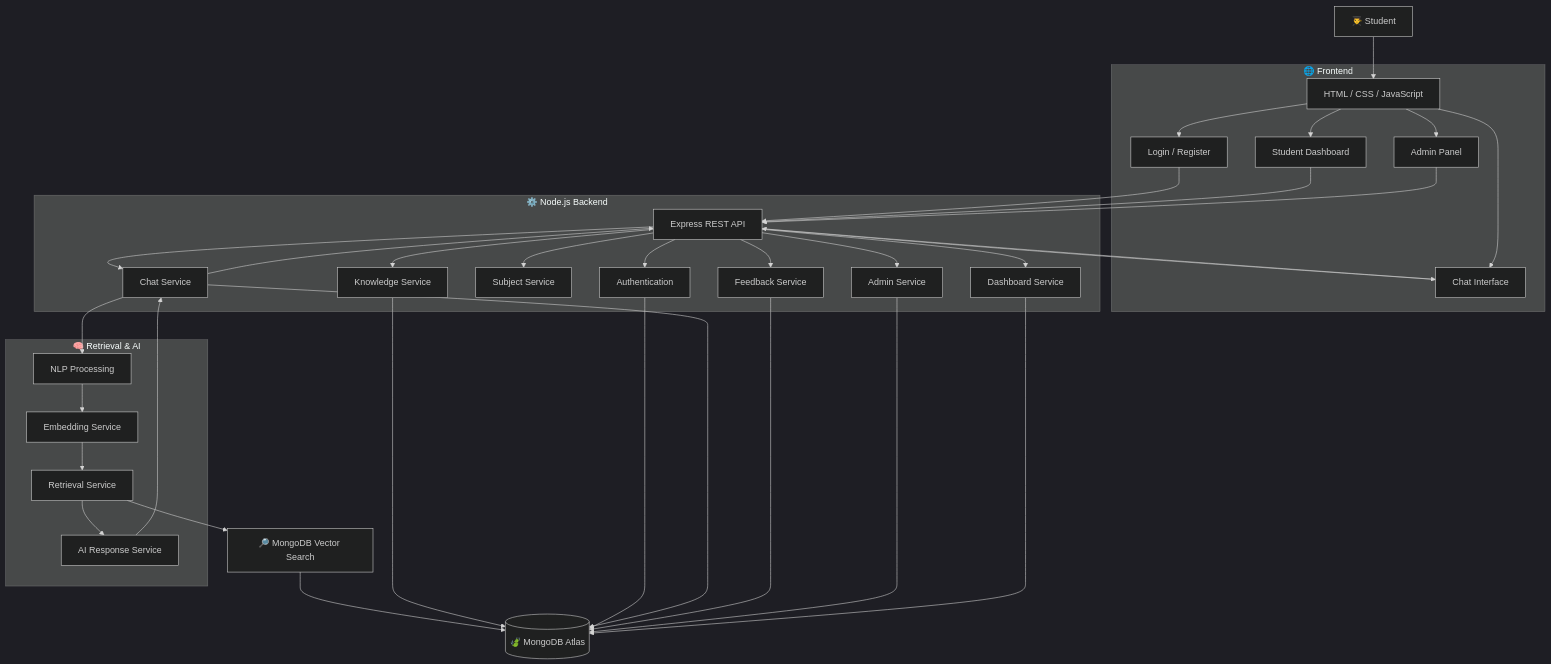
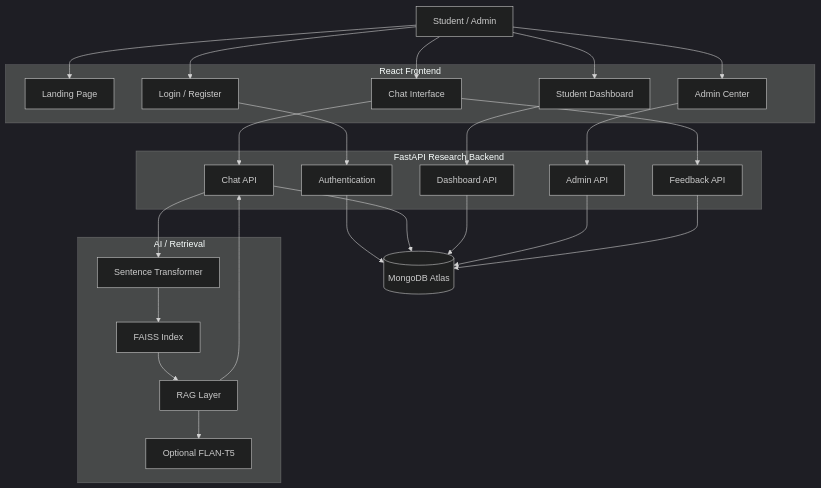
Before and after one commit to abhikumar19999999-maker/edu-chatbot: the second of 4 diagrams in README.md, drawn with Mermaid (dark theme). The commit also changed other lines of this file, not shown here.

Commit message:
Rewrite README for current EduBot research architecture

````diff
--- a/README.md
+++ b/README.md
@@ -183,74 +160,45 @@
 ```mermaid
 flowchart TB
-
-    U[👨‍🎓 Student]
-
-    subgraph FRONTEND["🌐 Frontend"]
-        UI[HTML / CSS / JavaScript]
-        AUTH_UI[Login / Register]
-        CHAT_UI[Chat Interface]
+    USER[Student / Admin]
+    subgraph FRONTEND[React Frontend]
+        HOME[Landing Page]
+        AUTH[Login / Register]
+        CHAT[Chat Interface]
         DASH[Student Dashboard]
-        ADMIN_UI[Admin Panel]
+        ADMIN[Admin Center]
     end
-
-    subgraph BACKEND["⚙️ Node.js Backend"]
-        API[Express REST API]
-
-        AUTH[Authentication]
-        CHAT[Chat Service]
-        SUBJECT[Subject Service]
-        KNOW[Knowledge Service]
-        FEEDBACK[Feedback Service]
-        ADMIN[Admin Service]
-        DASHBOARD[Dashboard Service]
+    subgraph API[FastAPI Research Backend]
+        AUTHAPI[Authentication]
+        CHATAPI[Chat API]
+        DASHAPI[Dashboard API]
+        ADMINAPI[Admin API]
+        FEEDBACK[Feedback API]
     end
-
-    subgraph INTELLIGENCE["🧠 Retrieval & AI"]
-        NLP[NLP Processing]
-        EMB[Embedding Service]
-        RETRIEVE[Retrieval Service]
-        AI[AI Response Service]
+    subgraph AI[AI / Retrieval]
+        EMB[Sentence Transformer]
+        FAISS[FAISS Index]
+        RAG[RAG Layer]
+        T5[Optional FLAN-T5]
     end
-
-    DB[(🍃 MongoDB Atlas)]
-
-    VECTOR[🔎 MongoDB Vector Search]
-
-    U --> UI
-
-    UI --> AUTH_UI
-    UI --> CHAT_UI
-    UI --> DASH
-    UI --> ADMIN_UI
-
-    AUTH_UI --> API
-    CHAT_UI --> API
-    DASH --> API
-    ADMIN_UI --> API
-
-    API --> AUTH
-    API --> CHAT
-    API --> SUBJECT
-    API --> KNOW
-    API --> FEEDBACK
-    API --> ADMIN
-    API --> DASHBOARD
-
-    CHAT --> NLP
-    NLP --> EMB
-    EMB --> RETRIEVE
-    RETRIEVE --> VECTOR
-
-    VECTOR --> DB
-    KNOW --> DB
-    AUTH --> DB
-    CHAT --> DB
+    DB[(MongoDB Atlas)]
+    USER --> HOME
+    USER --> AUTH
+    USER --> CHAT
+    USER --> DASH
+    USER --> ADMIN
+    AUTH --> AUTHAPI
+    CHAT --> CHATAPI
+    DASH --> DASHAPI
+    ADMIN --> ADMINAPI
+    CHAT --> FEEDBACK
+    CHATAPI --> EMB
+    EMB --> FAISS
+    FAISS --> RAG
+    RAG --> T5
+    RAG --> CHATAPI
+    AUTHAPI --> DB
+    CHATAPI --> DB
+    DASHAPI --> DB
+    ADMINAPI --> DB
     FEEDBACK --> DB
-    ADMIN --> DB
-    DASHBOARD --> DB
-
-    RETRIEVE --> AI
-    AI --> CHAT
-    CHAT --> API
-    API --> CHAT_UI
 ```
````
